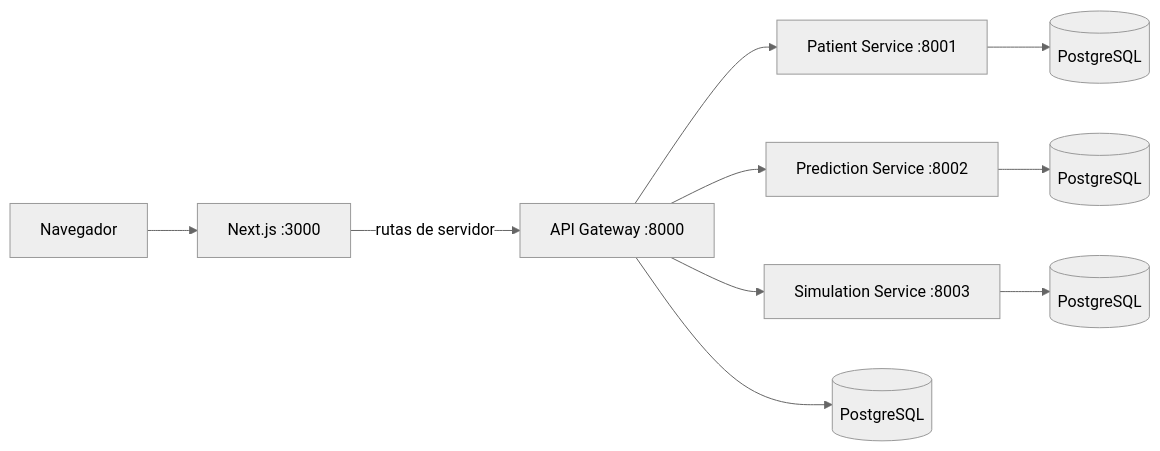
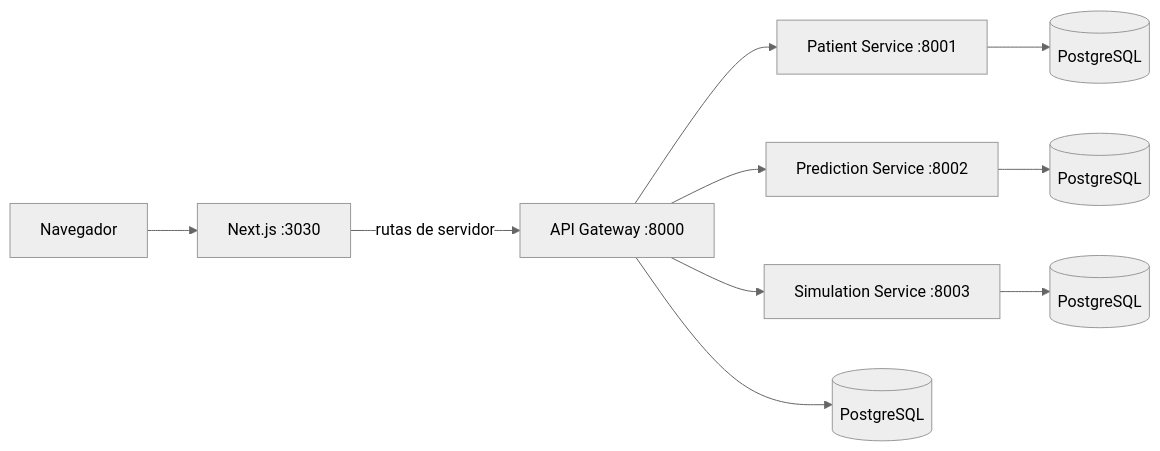
The diagram in docs/ARCHITECTURE.md (coslatte/saduci), drawn with Mermaid (neutral theme) before and after one commit. The commit also changed other lines of this file and 140 other files, not shown here.

````diff
--- a/docs/ARCHITECTURE.md
+++ b/docs/ARCHITECTURE.md
@@ -20,12 +20,12 @@
 ```mermaid
 flowchart LR
-    Browser[Navegador] --> Web[Next.js :3000]
+    Browser[Navegador] --> Web[Next.js :3030]
     Web -->|rutas de servidor| Gateway[API Gateway :8000]
     Gateway --> Patient[Patient Service :8001]
     Gateway --> Prediction[Prediction Service :8002]
     Gateway --> Simulation[Simulation Service :8003]
     Gateway --> GatewayDB[(PostgreSQL)]
     Patient --> PatientDB[(PostgreSQL)]
     Prediction --> PredictionDB[(PostgreSQL)]
     Simulation --> SimulationDB[(PostgreSQL)]
 ```
````
